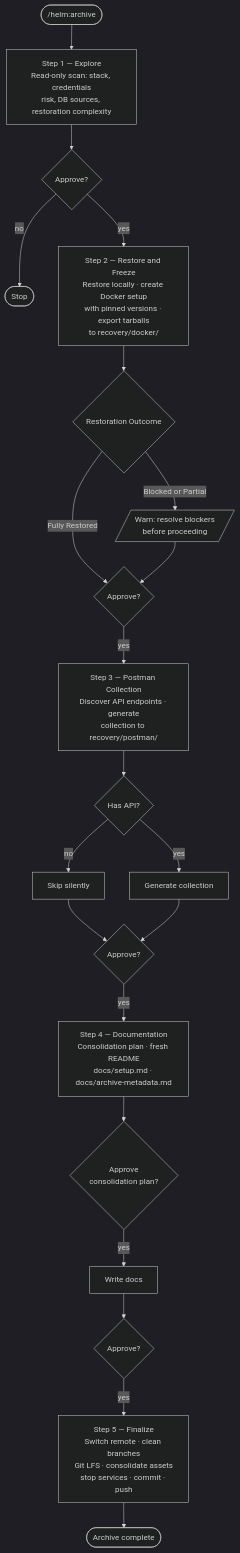
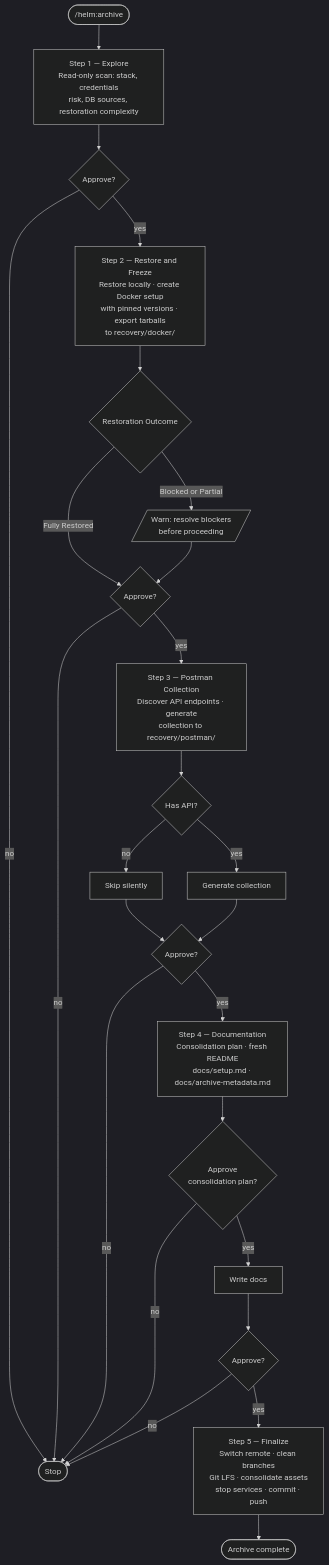
The diagram in docs/commands/archive.md (myowinthein/agent-helm), drawn with Mermaid (dark theme) before and after one commit. The commit also changed other lines of this file and 23 other files, not shown here.

````diff
--- a/docs/commands/archive.md
+++ b/docs/commands/archive.md
@@ -14,33 +14,37 @@
 ```mermaid
 flowchart TD
   Start(["/helm:archive"]) --> S1
 
   S1["Step 1 — Explore\nRead-only scan: stack, credentials\nrisk, DB sources, restoration complexity"]
   S1 --> A1{Approve?}
   A1 -->|no| Exit([Stop])
   A1 -->|yes| S2
 
   S2["Step 2 — Restore and Freeze\nRestore locally · create Docker setup\nwith pinned versions · export tarballs\nto recovery/docker/"]
   S2 --> Outcome{Restoration Outcome}
   Outcome -->|Fully Restored| A2{Approve?}
   Outcome -->|Blocked or Partial| Warn[/"Warn: resolve blockers\nbefore proceeding"/]
   Warn --> A2
+  A2 -->|no| Exit
   A2 -->|yes| S3
 
   S3["Step 3 — Postman Collection\nDiscover API endpoints · generate\ncollection to recovery/postman/"]
   S3 --> HasAPI{Has API?}
   HasAPI -->|no| SkipS3[Skip silently]
   HasAPI -->|yes| GenPost[Generate collection]
   SkipS3 --> A3{Approve?}
   GenPost --> A3
+  A3 -->|no| Exit
   A3 -->|yes| S4
 
   S4["Step 4 — Documentation\nConsolidation plan · fresh README\ndocs/setup.md · docs/archive-metadata.md"]
   S4 --> Plan{Approve\nconsolidation plan?}
+  Plan -->|no| Exit
   Plan -->|yes| WriteDocs[Write docs]
   WriteDocs --> A4{Approve?}
+  A4 -->|no| Exit
   A4 -->|yes| S5
 
   S5["Step 5 — Finalize\nSwitch remote · clean branches\nGit LFS · consolidate assets\nstop services · commit · push"]
   S5 --> Done(["Archive complete"])
 ```
````
